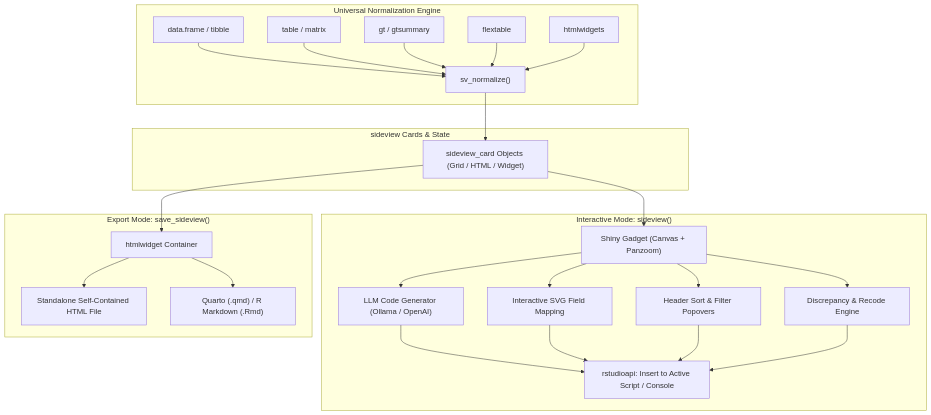
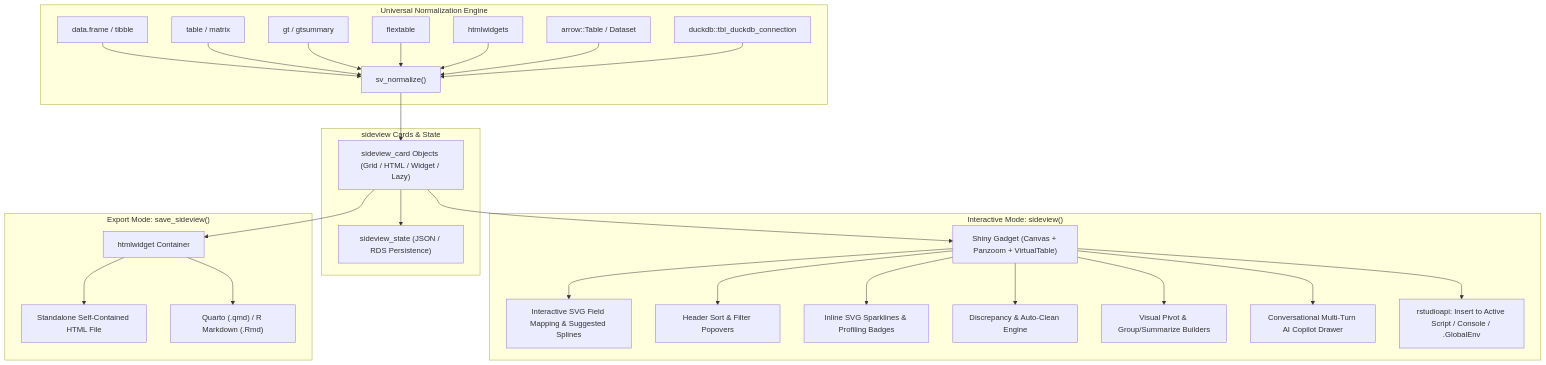
One commit to lauyeehow1986-hub/r_split changed the diagram in README.md. Above: the diagram before and after it, drawn with Mermaid. The commit also changed other lines of this file and 64 other files, not shown here.

````diff
--- a/README.md
+++ b/README.md
@@ -60,32 +66,34 @@
 ```mermaid
 flowchart TD
     subgraph Ingestion ["Universal Normalization Engine"]
         DF["data.frame / tibble"] --> NORM["sv_normalize()"]
         TAB["table / matrix"] --> NORM
         GT["gt / gtsummary"] --> NORM
         FLEX["flextable"] --> NORM
         WID["htmlwidgets"] --> NORM
+        ARROW["arrow::Table / Dataset"] --> NORM
+        DUCK["duckdb::tbl_duckdb_connection"] --> NORM
     end
 
     subgraph Core ["sideview Cards & State"]
-        NORM --> CARDS["sideview_card Objects (Grid / HTML / Widget)"]
+        NORM --> CARDS["sideview_card Objects (Grid / HTML / Widget / Lazy)"]
+        CARDS --> STATE["sideview_state (JSON / RDS Persistence)"]
     end
 
     subgraph Gadget ["Interactive Mode: sideview()"]
-        CARDS --> GADGET["Shiny Gadget (Canvas + Panzoom)"]
-        GADGET --> MAP["Interactive SVG Field Mapping"]
+        CARDS --> GADGET["Shiny Gadget (Canvas + Panzoom + VirtualTable)"]
+        GADGET --> MAP["Interactive SVG Field Mapping & Suggested Splines"]
         GADGET --> SORT["Header Sort & Filter Popovers"]
-        GADGET --> DISC["Discrepancy & Recode Engine"]
-        GADGET --> LLM["LLM Code Generator (Ollama / OpenAI)"]
-        LLM --> RSTUDIO["rstudioapi: Insert to Active Script / Console"]
-        MAP --> RSTUDIO
-        SORT --> RSTUDIO
-        DISC --> RSTUDIO
+        GADGET --> PROF["Inline SVG Sparklines & Profiling Badges"]
+        GADGET --> DISC["Discrepancy & Auto-Clean Engine"]
+        GADGET --> RESHAPE["Visual Pivot & Group/Summarize Builders"]
+        GADGET --> COPILOT["Conversational Multi-Turn AI Copilot Drawer"]
+        GADGET --> RSTUDIO["rstudioapi: Insert to Active Script / Console / .GlobalEnv"]
     end
 
     subgraph Widget ["Export Mode: save_sideview()"]
         CARDS --> HTMLWID["htmlwidget Container"]
         HTMLWID --> HTML["Standalone Self-Contained HTML File"]
         HTMLWID --> QMD["Quarto (.qmd) / R Markdown (.Rmd)"]
     end
 ```
````
